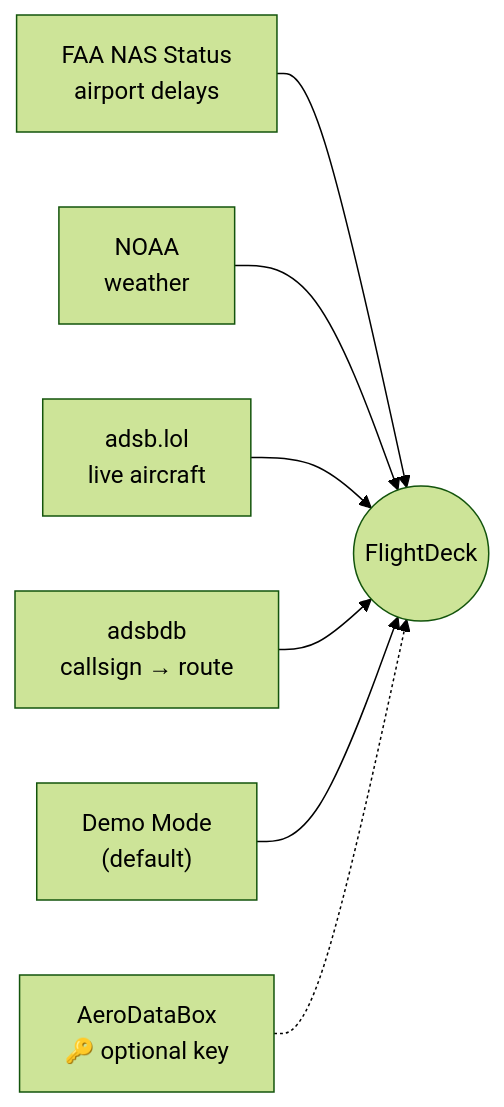
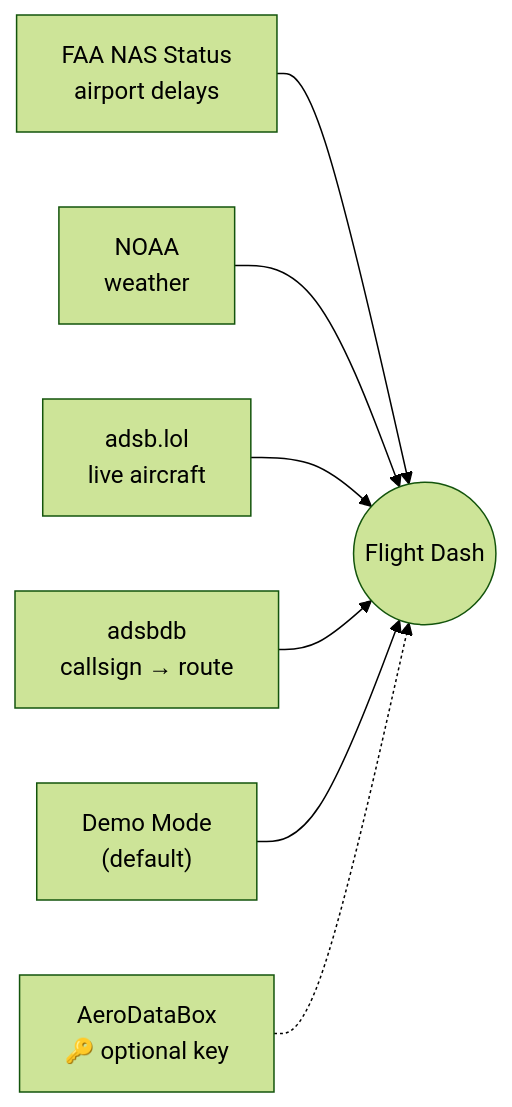
One commit to pbswimmer3/flighty-pro changed the diagram in README.md. Above: the diagram before and after it, drawn with Mermaid (forest theme). The commit also changed other lines of this file and 14 other files, not shown here.

Commit message:
Rename to Flight Dash (owner's choice): Home Screen name, in-app text, store copy, cards

````diff
--- a/README.md
+++ b/README.md
@@ -173,10 +173,10 @@
 ```mermaid
 flowchart LR
     FAA["FAA NAS Status<br/>airport delays"] --> App
     NOAA["NOAA<br/>weather"] --> App
     ADSB["adsb.lol<br/>live aircraft"] --> App
     DB["adsbdb<br/>callsign → route"] --> App
     Demo["Demo Mode<br/>(default)"] --> App
     ADB["AeroDataBox<br/>🔑 optional key"] -.-> App
-    App(("FlightDeck"))
+    App(("Flight Dash"))
 ```
````
